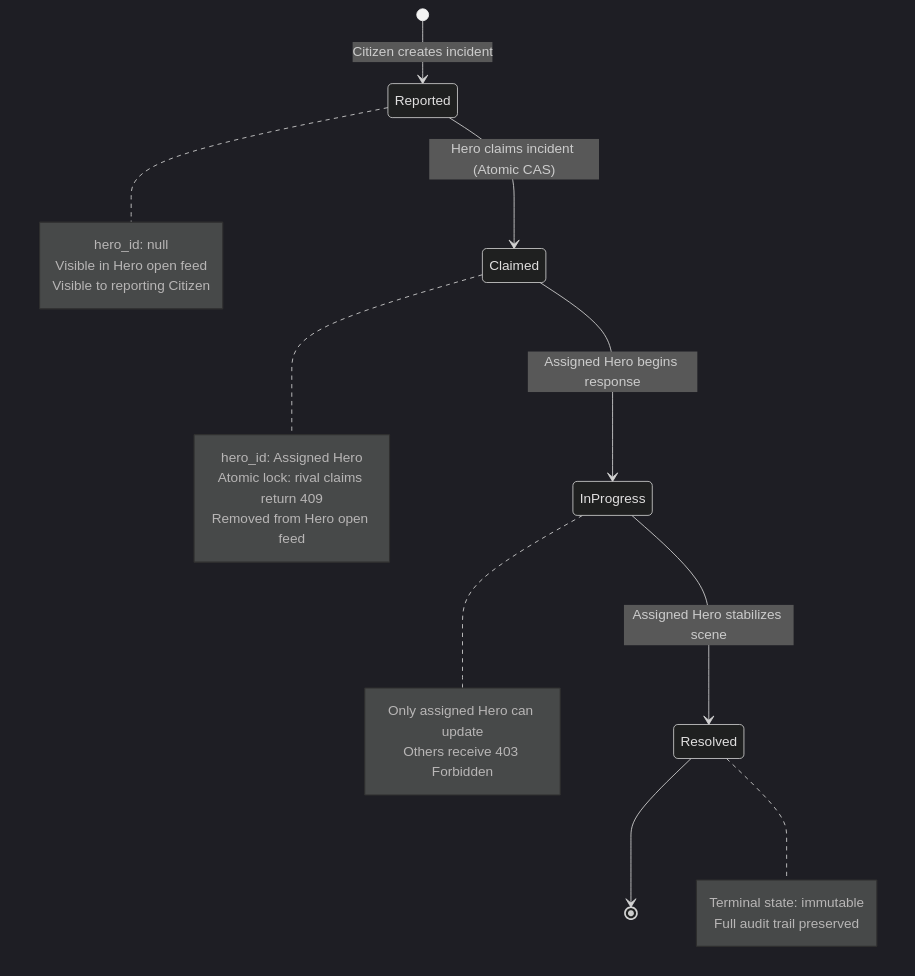
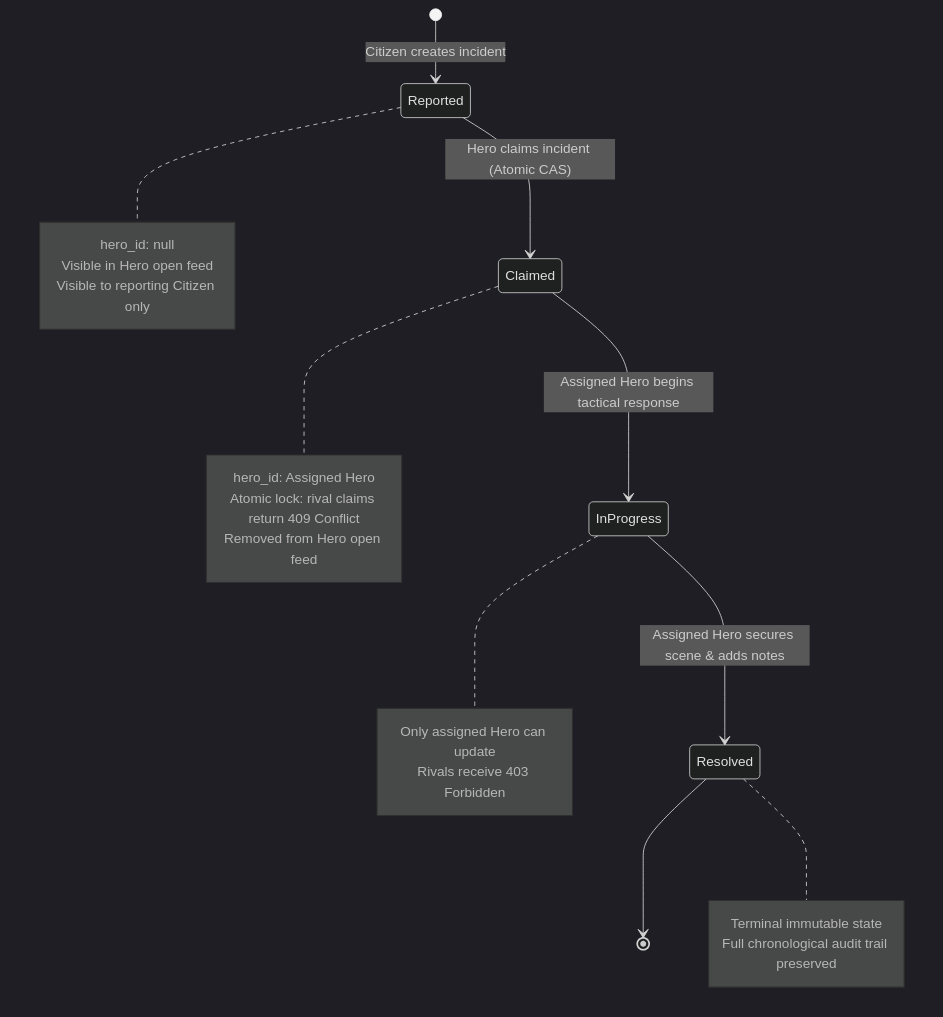
One commit to selotechaitanya-svg/tcb_back changed the second of 2 diagrams in README.md. Above: the diagram before and after it, drawn with Mermaid (dark theme). The commit also changed other lines of this file and 2 other files, not shown here.

Commit message:
docs: enrich README with architecture, ER diagrams, portals, and API specs

````diff
--- a/README.md
+++ b/README.md
@@ -80,30 +127,30 @@
 ```mermaid
 stateDiagram-v2
     [*] --> Reported : Citizen creates incident
     Reported --> Claimed : Hero claims incident (Atomic CAS)
-    Claimed --> InProgress : Assigned Hero begins response
-    InProgress --> Resolved : Assigned Hero stabilizes scene
+    Claimed --> InProgress : Assigned Hero begins tactical response
+    InProgress --> Resolved : Assigned Hero secures scene & adds notes
     Resolved --> [*]
 
     note right of Reported
         hero_id: null
         Visible in Hero open feed
-        Visible to reporting Citizen
+        Visible to reporting Citizen only
     end note
 
     note right of Claimed
         hero_id: Assigned Hero
-        Atomic lock: rival claims return 409
+        Atomic lock: rival claims return 409 Conflict
         Removed from Hero open feed
     end note
 
     note right of InProgress
         Only assigned Hero can update
-        Others receive 403 Forbidden
+        Rivals receive 403 Forbidden
     end note
 
     note right of Resolved
-        Terminal state: immutable
-        Full audit trail preserved
+        Terminal immutable state
+        Full chronological audit trail preserved
     end note
 ```
````
